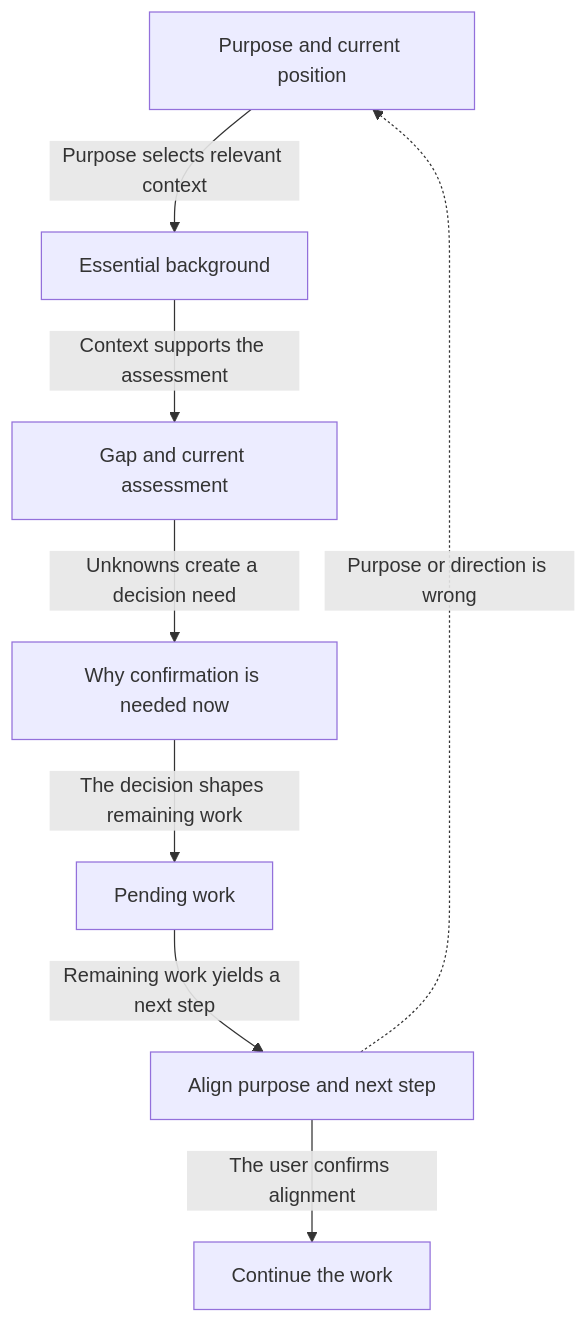
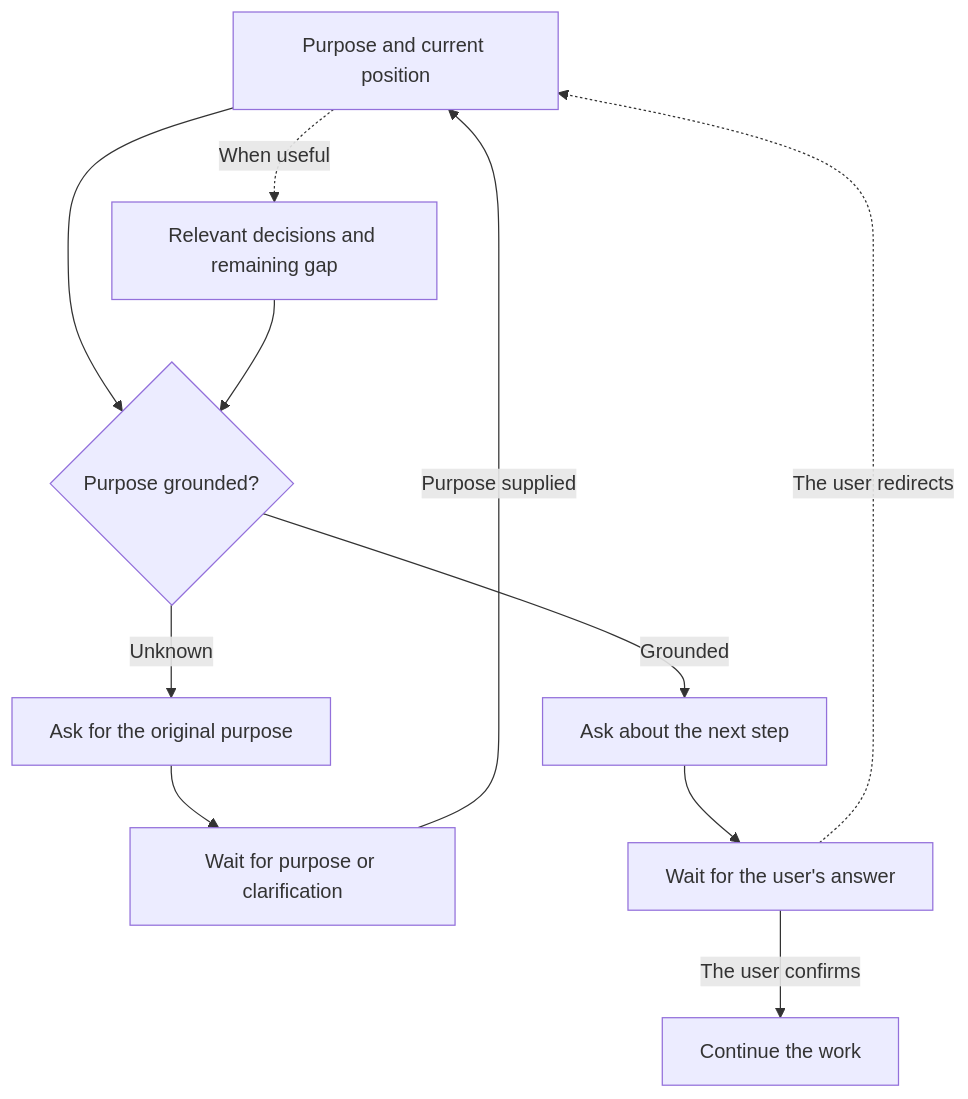
One commit to kouko/loom-plugins changed the diagram in loom-workflow/skills/recap-state/README.md. Above: the diagram before and after it, drawn with Mermaid. The commit also changed other lines of this file and 24 other files, not shown here.

````diff
--- a/loom-workflow/skills/recap-state/README.md
+++ b/loom-workflow/skills/recap-state/README.md
@@ -30,10 +32,13 @@
 ```mermaid
 graph TB
-    Purpose["Purpose and current position"] -->|"Purpose selects relevant context"| Background["Essential background"]
-    Background -->|"Context supports the assessment"| Assessment["Gap and current assessment"]
-    Assessment -->|"Unknowns create a decision need"| Question["Why confirmation is needed now"]
-    Question -->|"The decision shapes remaining work"| Pending["Pending work"]
-    Pending -->|"Remaining work yields a next step"| Alignment["Align purpose and next step"]
-    Alignment -.->|"Purpose or direction is wrong"| Purpose
-    Alignment -->|"The user confirms alignment"| Continue["Continue the work"]
+    Purpose["Purpose and current position"] --> Check{"Purpose grounded?"}
+    Purpose -.->|"When useful"| History["Relevant decisions and remaining gap"]
+    History --> Check
+    Check -->|"Unknown"| AskPurpose["Ask for the original purpose"]
+    Check -->|"Grounded"| Next["Ask about the next step"]
+    AskPurpose --> WaitPurpose["Wait for purpose or clarification"]
+    Next --> WaitNext["Wait for the user's answer"]
+    WaitPurpose -->|"Purpose supplied"| Purpose
+    WaitNext -.->|"The user redirects"| Purpose
+    WaitNext -->|"The user confirms"| Continue["Continue the work"]
 ```
````
